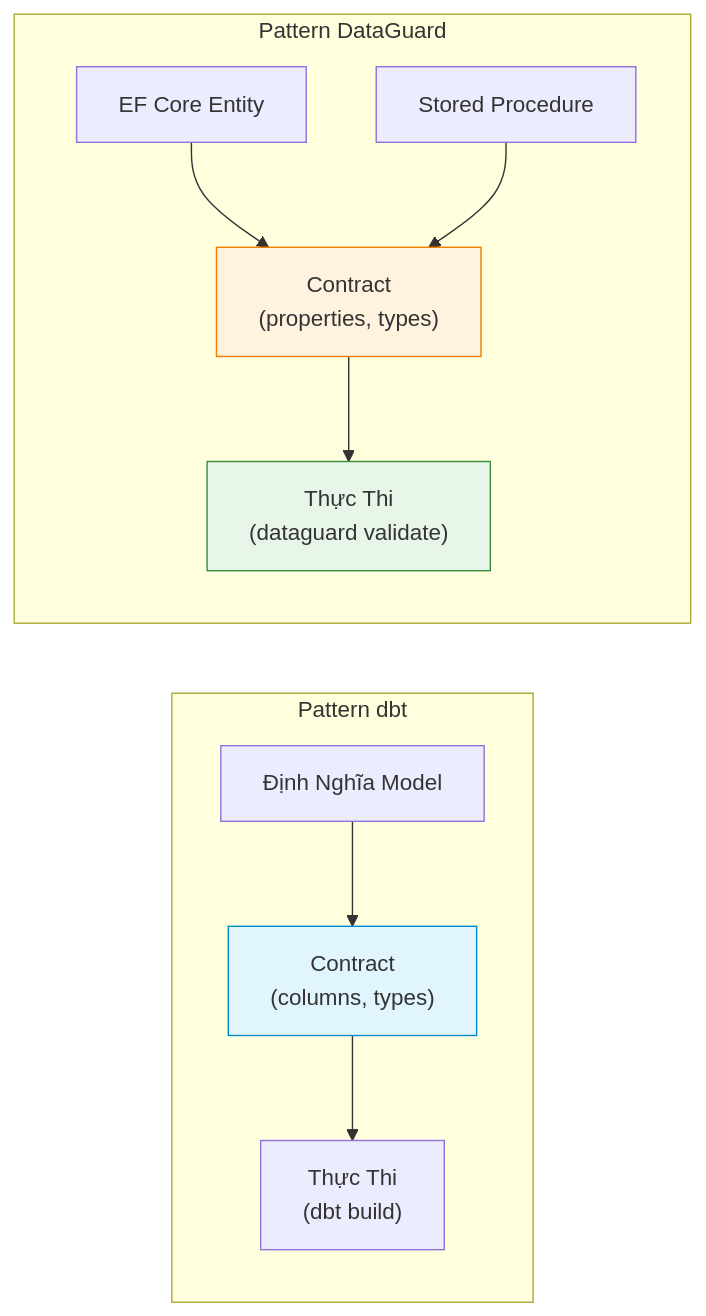
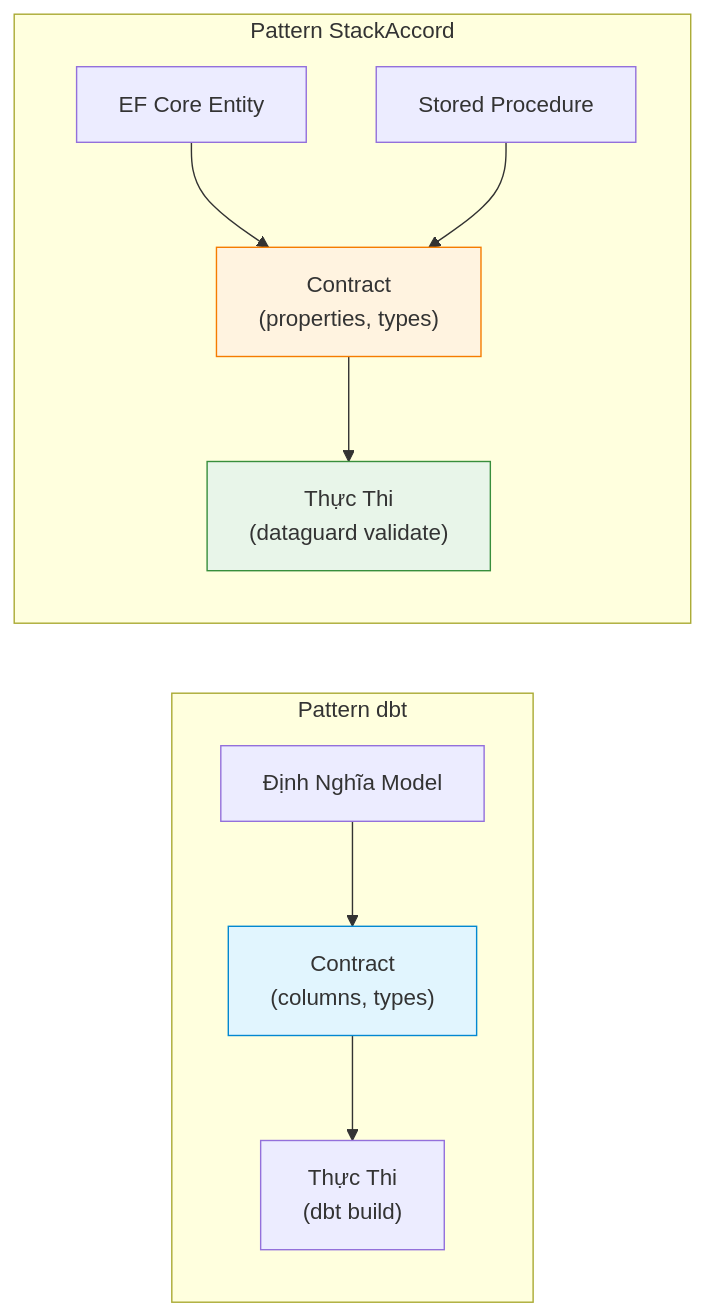
The seventh of 8 diagrams in docs/02-architecture/design-philosophy.vi.md (thanhnt-sm/eco_support_net_oracle), drawn with Mermaid before and after one commit. The commit also changed other lines of this file and 115 other files, not shown here.

Commit message:
fix(branding): align StackAccord docs and release copy

````diff
--- a/docs/02-architecture/design-philosophy.vi.md
+++ b/docs/02-architecture/design-philosophy.vi.md
@@ -244,17 +244,17 @@
 ```mermaid
 flowchart LR
     subgraph "Pattern dbt"
         A1["Định Nghĩa Model"] --> B1["Contract<br/>(columns, types)"]
         B1 --> C1["Thực Thi<br/>(dbt build)"]
     end
 
-    subgraph "Pattern DataGuard"
+    subgraph "Pattern StackAccord"
         A2["EF Core Entity"] --> B2["Contract<br/>(properties, types)"]
         A3["Stored Procedure"] --> B2
         B2 --> C2["Thực Thi<br/>(dataguard validate)"]
     end
 
     style B1 fill:#e1f5fe,stroke:#0288d1
     style B2 fill:#fff3e0,stroke:#f57c00
     style C2 fill:#e8f5e9,stroke:#388e3c
 ```
````
